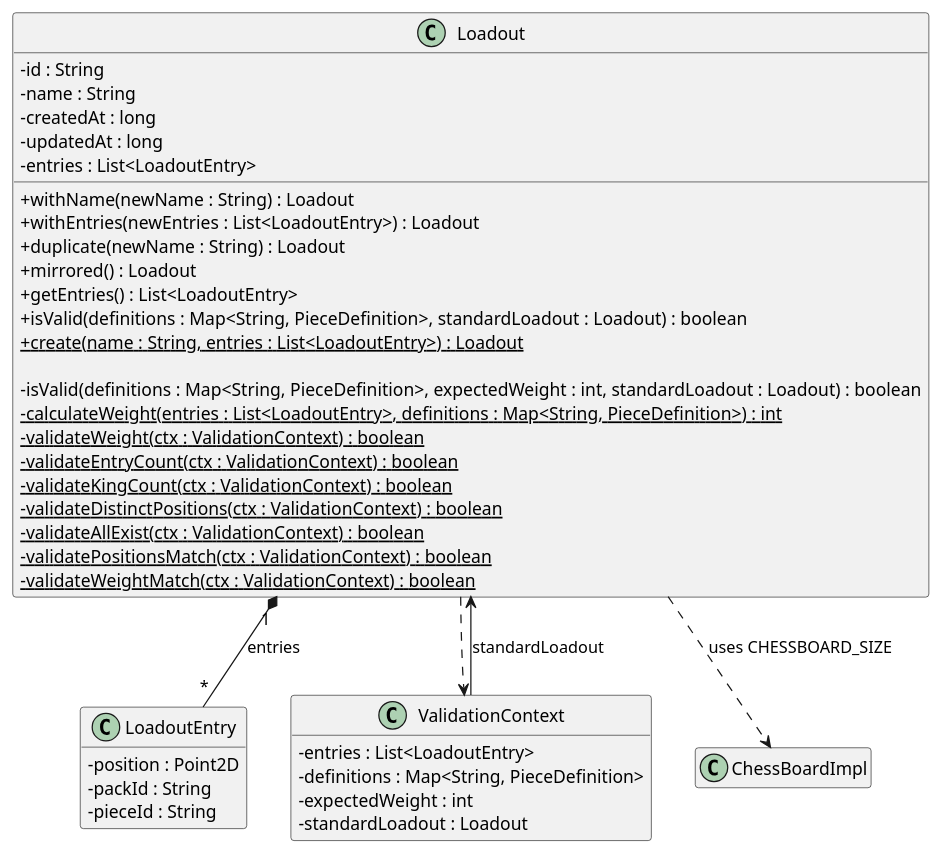
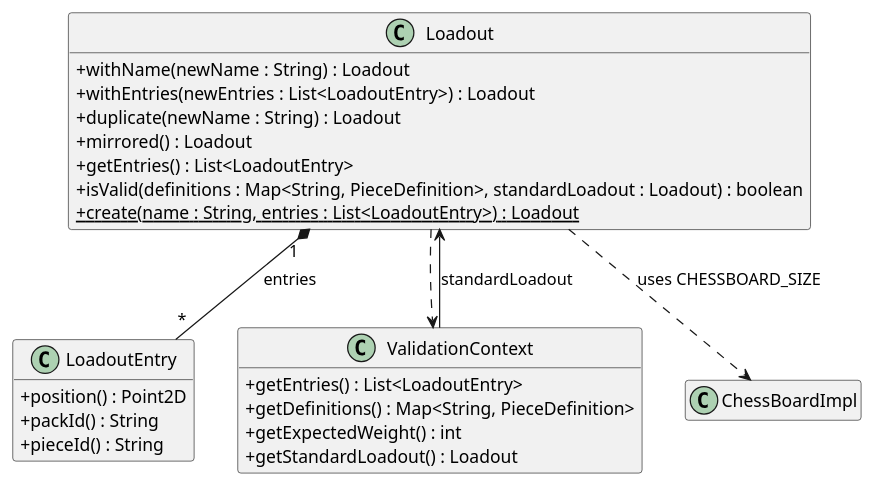
Before and after one commit to Turbo-Chess/Turbo-Chess: the diagram in docs/Loadout.puml, drawn with PlantUML. The commit also changed 5 other files, not shown here.

Commit message:
docs: update UML diagrams and refactor LoadoutManager

```diff
--- a/docs/Loadout.puml
+++ b/docs/Loadout.puml
@@ -1,52 +1,36 @@
 @startuml Loadout
 
 skinparam classAttributeIconSize 0
 hide empty fields
 hide empty methods
 
 class LoadoutEntry {
-    - position : Point2D
-    - packId : String
-    - pieceId : String
+    +position() : Point2D
+    +packId() : String
+    +pieceId() : String
 }
 
 class Loadout {
-    - id : String
-    - name : String
-    - createdAt : long
-    - updatedAt : long
-    - entries : List<LoadoutEntry>
-
     +withName(newName : String) : Loadout
     +withEntries(newEntries : List<LoadoutEntry>) : Loadout
     +duplicate(newName : String) : Loadout
     +mirrored() : Loadout
     +getEntries() : List<LoadoutEntry>
     +isValid(definitions : Map<String, PieceDefinition>, standardLoadout : Loadout) : boolean
     +{static} create(name : String, entries : List<LoadoutEntry>) : Loadout
-
-    -isValid(definitions : Map<String, PieceDefinition>, expectedWeight : int, standardLoadout : Loadout) : boolean
-    -{static} calculateWeight(entries : List<LoadoutEntry>, definitions : Map<String, PieceDefinition>) : int
-    -{static} validateWeight(ctx : ValidationContext) : boolean
-    -{static} validateEntryCount(ctx : ValidationContext) : boolean
-    -{static} validateKingCount(ctx : ValidationContext) : boolean
-    -{static} validateDistinctPositions(ctx : ValidationContext) : boolean
-    -{static} validateAllExist(ctx : ValidationContext) : boolean
-    -{static} validatePositionsMatch(ctx : ValidationContext) : boolean
-    -{static} validateWeightMatch(ctx : ValidationContext) : boolean
 }
 
 Loadout "1" *-- "*" LoadoutEntry : entries
 
 class ValidationContext {
-    - entries : List<LoadoutEntry>
-    - definitions : Map<String, PieceDefinition>
-    - expectedWeight : int
-    - standardLoadout : Loadout
+    +getEntries() : List<LoadoutEntry>
+    +getDefinitions() : Map<String, PieceDefinition>
+    +getExpectedWeight() : int
+    +getStandardLoadout() : Loadout
 }
 
 Loadout ..> ValidationContext
 ValidationContext --> Loadout : standardLoadout
 Loadout ..> ChessBoardImpl : uses CHESSBOARD_SIZE
 
 @enduml
```
